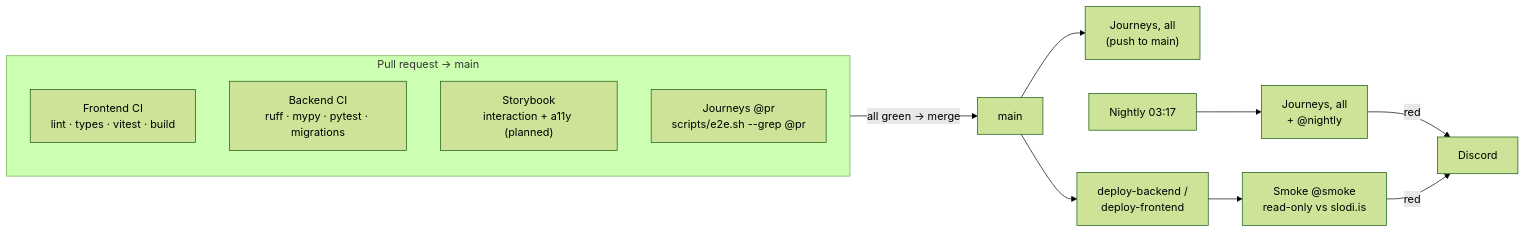
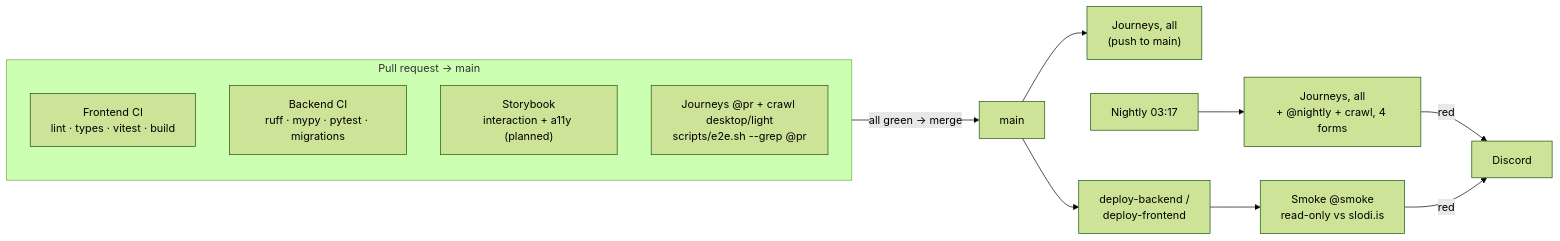
The diagram in docs/journey-testing-in-ci.md (slodi-dev/slodi), drawn with Mermaid (forest theme) before and after one commit. The commit also changed other lines of this file and 11 other files, not shown here.

First line of the commit message:
ci(e2e): crawl every page as every persona in four forms

````diff
--- a/docs/journey-testing-in-ci.md
+++ b/docs/journey-testing-in-ci.md
@@ -200,16 +200,16 @@
 ```mermaid
 flowchart LR
     subgraph PR["Pull request → main"]
         FE["Frontend CI<br/>lint · types · vitest · build"]
         BE["Backend CI<br/>ruff · mypy · pytest · migrations"]
         SB["Storybook<br/>interaction + a11y (planned)"]
-        JPR["Journeys @pr<br/>scripts/e2e.sh --grep @pr"]
+        JPR["Journeys @pr + crawl desktop/light<br/>scripts/e2e.sh --grep @pr"]
     end
     PR -->|"all green → merge"| MAIN["main"]
     MAIN --> JALL["Journeys, all<br/>(push to main)"]
     MAIN --> DEP["deploy-backend /<br/>deploy-frontend"]
     DEP --> SMOKE["Smoke @smoke<br/>read-only vs slodi.is"]
-    NIGHT["Nightly 03:17"] --> JN["Journeys, all<br/>+ @nightly"]
+    NIGHT["Nightly 03:17"] --> JN["Journeys, all<br/>+ @nightly + crawl, 4 forms"]
     JN -->|"red"| DISCORD["Discord"]
     SMOKE -->|"red"| DISCORD
 ```
````
